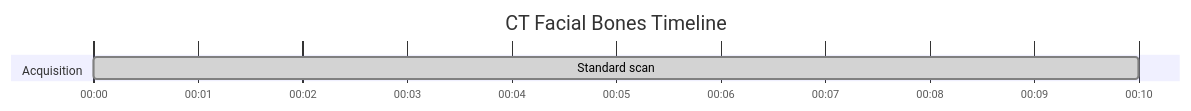
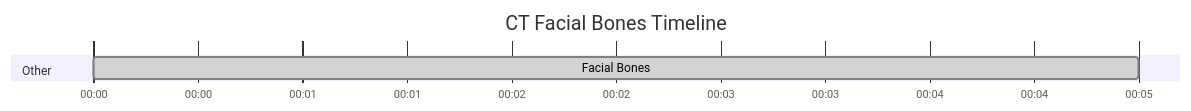
Before and after one commit to dfergs93/radiology-protocols: the diagram in docs/ct/neuro/ct-facial-bones.md, drawn with Mermaid. The commit also changed 101 other files, not shown here.

````diff
--- a/docs/ct/neuro/ct-facial-bones.md
+++ b/docs/ct/neuro/ct-facial-bones.md
@@ -71,13 +71,15 @@
   ```mermaid
   ---
+  displayMode: compact
   config:
     theme: default
+    themeCSS: " #Saline{ fill: #4ed5ff; stroke: #2094f3; } "
   ---
     gantt
       title CT Facial Bones Timeline
       dateFormat mm:ss
       axisFormat %M:%S 
       
-      section Acquisition
-      Standard scan    :done, scan1, 00:00, 10s
+      section Other
+      Facial Bones    :done, scan1, 00:00, 5s
   ```
````
